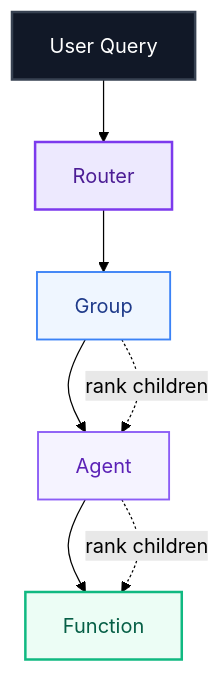
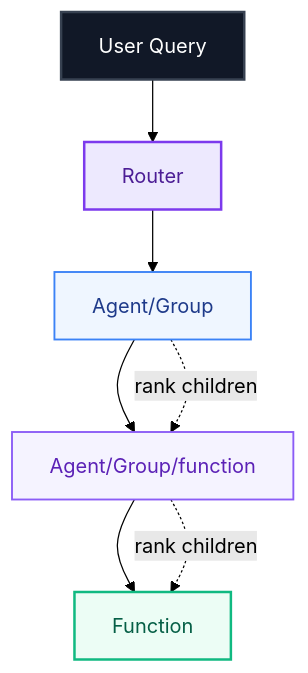
The second of 6 diagrams in README.md (autotask05-pixel/quicktasksdesktopv3), drawn with Mermaid (forest theme) before and after one commit. The commit also changed other lines of this file, not shown here.

First line of the commit message:
Revise README with updated diagrams and content removal

````diff
--- a/README.md
+++ b/README.md
@@ -52,22 +52,22 @@
 ```mermaid
 flowchart TD
     Q["User Query"] --> R["Router"]
-    R --> G["Group"]
-    G --> A["Agent"]
+    R --> G["Agent/Group"]
+    G --> A["Agent/Group/function"]
     A --> F["Function"]
 
     G -. "rank children" .-> A
     A -. "rank children" .-> F
 
     classDef entry fill:#111827,color:#ffffff,stroke:#374151,stroke-width:2px
     classDef router fill:#ede9fe,color:#4c1d95,stroke:#7c3aed,stroke-width:2px
     classDef group fill:#eff6ff,color:#1e3a8a,stroke:#3b82f6,stroke-width:1.5px
     classDef agent fill:#f5f3ff,color:#5b21b6,stroke:#8b5cf6,stroke-width:1.5px
     classDef function fill:#ecfdf5,color:#065f46,stroke:#10b981,stroke-width:2px
 
     class Q entry
     class R router
     class G group
     class A agent
     class F function
 ```
````
